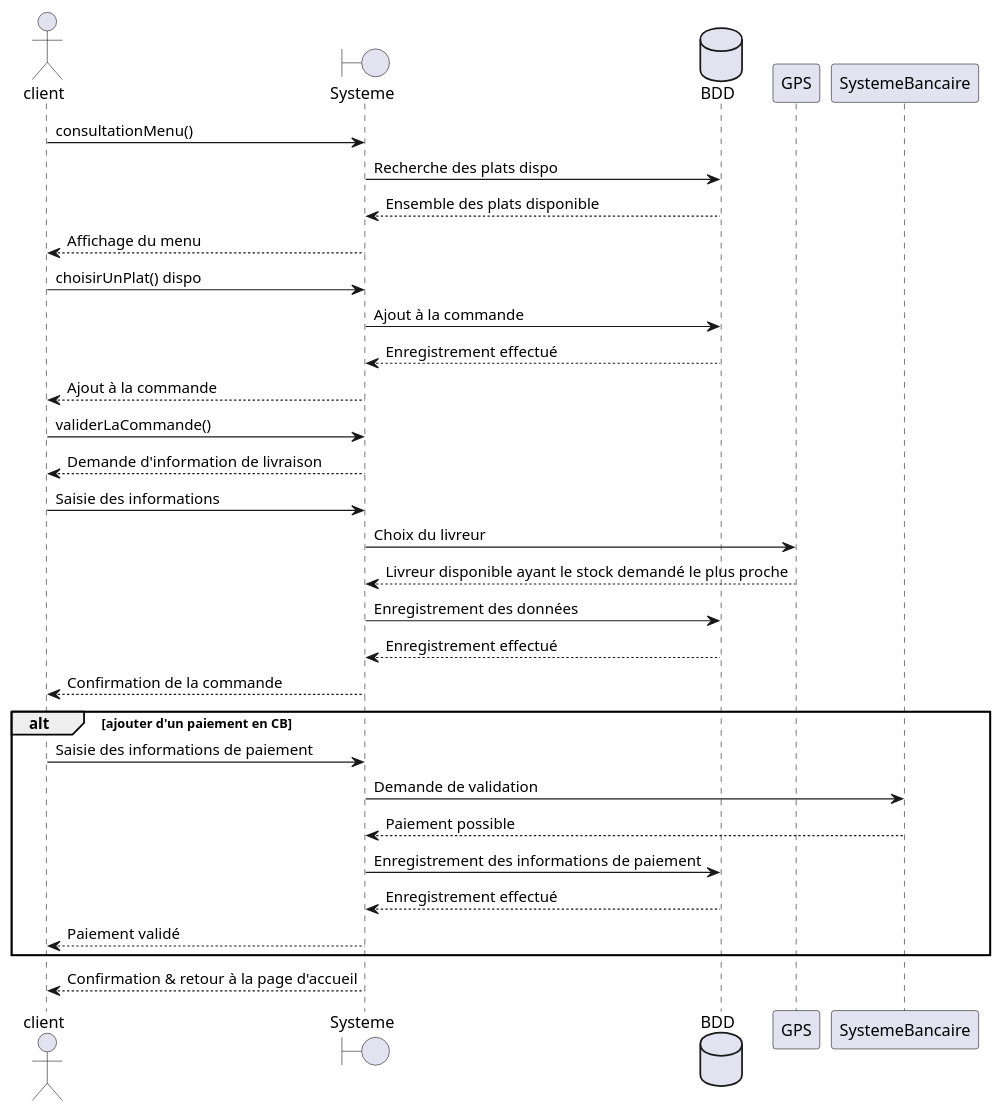
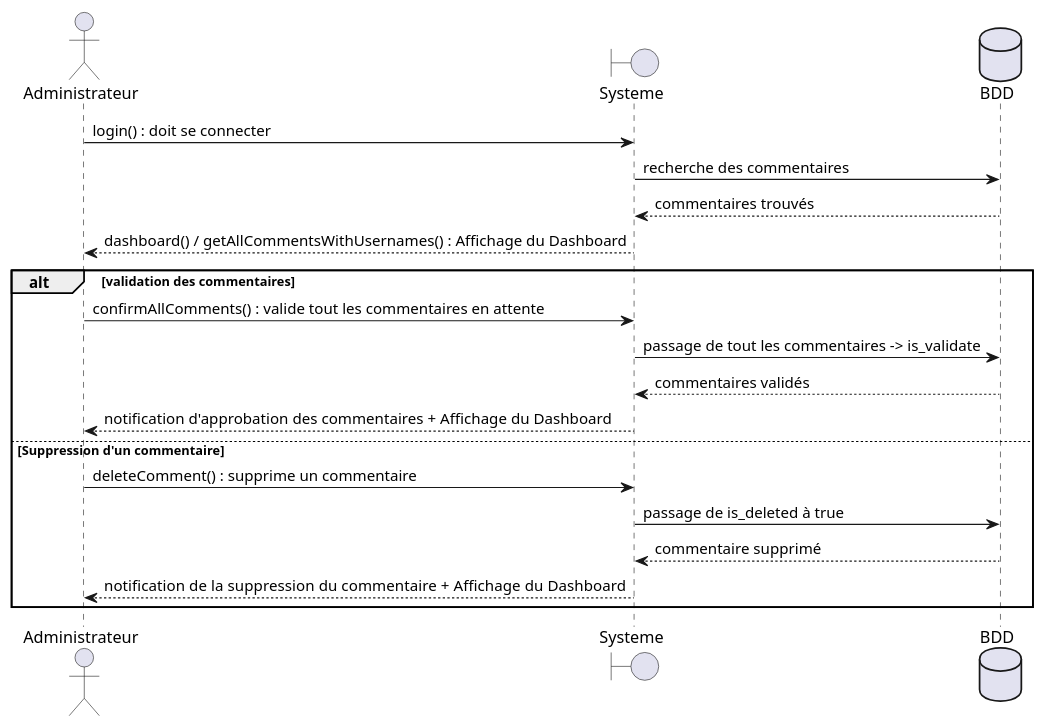
One commit to HaiseB/P5_blogPhp changed the diagram in diagrammes/dds_valider_ou_supprimer_un_commentaire.plantuml. Above: the diagram before and after it, drawn with PlantUML. The commit also changed 14 other files, not shown here.

Commit message:
send the good diagramms + png versions

```diff
--- a/diagrammes/dds_valider_ou_supprimer_un_commentaire.plantuml
+++ b/diagrammes/dds_valider_ou_supprimer_un_commentaire.plantuml
@@ -1,39 +1,24 @@
-@startuml Création de commande
+@startuml valider ou supprimer un commentaire
 
-actor client
+actor Administrateur
 boundary Systeme
 database BDD
 
-client -> Systeme: consultationMenu()
-Systeme -> BDD: Recherche des plats dispo
-BDD --> Systeme : Ensemble des plats disponible
-Systeme --> client: Affichage du menu
+Administrateur -> Systeme: login() : doit se connecter
+Systeme -> BDD: recherche des commentaires
+BDD --> Systeme : commentaires trouvés
+Systeme --> Administrateur: dashboard() / getAllCommentsWithUsernames() : Affichage du Dashboard
 
-client -> Systeme: choisirUnPlat() dispo
-Systeme -> BDD: Ajout à la commande
-BDD --> Systeme : Enregistrement effectué
-Systeme --> client: Ajout à la commande
-
-client -> Systeme: validerLaCommande()
-Systeme --> client: Demande d'information de livraison
-client -> Systeme: Saisie des informations
-
-Systeme -> GPS: Choix du livreur
-GPS --> Systeme: Livreur disponible ayant le stock demandé le plus proche
-
-Systeme -> BDD: Enregistrement des données
-BDD --> Systeme : Enregistrement effectué
-Systeme --> client: Confirmation de la commande
-
-alt ajouter d'un paiement en CB
-    client -> Systeme: Saisie des informations de paiement
-    Systeme -> SystemeBancaire: Demande de validation
-    SystemeBancaire --> Systeme : Paiement possible
-    Systeme -> BDD: Enregistrement des informations de paiement
-    BDD --> Systeme : Enregistrement effectué
-    Systeme --> client: Paiement validé
-    end
-
-Systeme --> client: Confirmation & retour à la page d'accueil
+alt validation des commentaires
+    Administrateur -> Systeme: confirmAllComments() : valide tout les commentaires en attente
+    Systeme -> BDD: passage de tout les commentaires -> is_validate
+    BDD --> Systeme : commentaires validés
+    Systeme --> Administrateur: notification d'approbation des commentaires + Affichage du Dashboard
+else Suppression d'un commentaire
+    Administrateur -> Systeme: deleteComment() : supprime un commentaire
+    Systeme -> BDD: passage de is_deleted à true
+    BDD --> Systeme : commentaire supprimé
+    Systeme --> Administrateur: notification de la suppression du commentaire +  Affichage du Dashboard
+end
 
 @enduml
```
